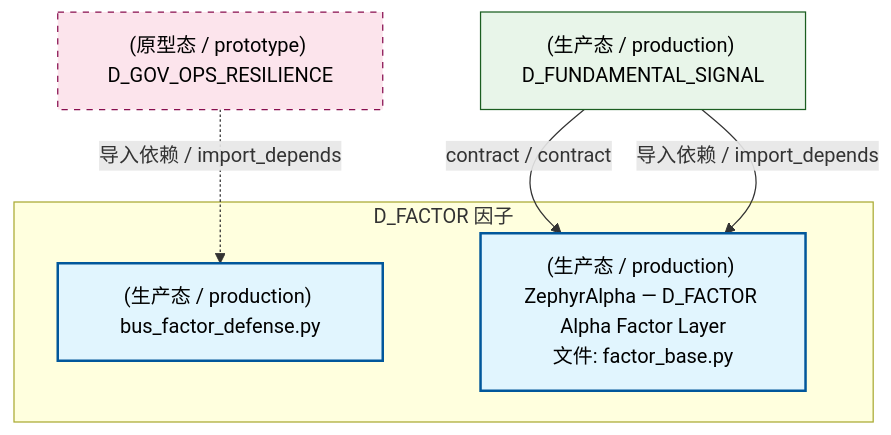
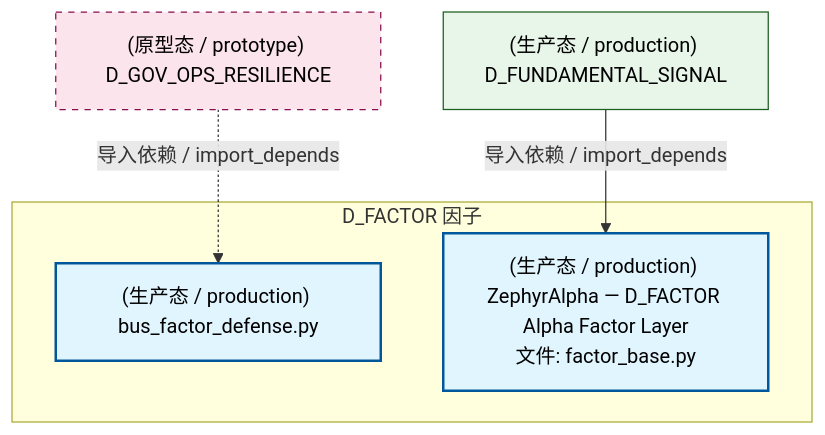
The second of 4 diagrams in docs/02_enterprise_architecture/02_domain_architecture_docs/36_d_factor.md (xuanFelixVan/ZephyrAlpha), drawn with Mermaid before and after one commit. The commit also changed other lines of this file and 103 other files, not shown here.

````diff
--- a/docs/02_enterprise_architecture/02_domain_architecture_docs/36_d_factor.md
+++ b/docs/02_enterprise_architecture/02_domain_architecture_docs/36_d_factor.md
@@ -103,19 +108,18 @@
 ```mermaid
 graph TD
     subgraph D_FACTOR["D_FACTOR 因子"]
         src_zephyr_factor_bus_factor_defense_py["(生产态 / production) bus_factor_defense.py"]
         src_zephyr_factor_factor_base_py["(生产态 / production) ZephyrAlpha — D_FACTOR Alpha Factor Layer<br/>文件: factor_base.py"]
     end
     D_FUNDAMENTAL_SIGNAL["(生产态 / production) D_FUNDAMENTAL_SIGNAL"]
-    D_FUNDAMENTAL_SIGNAL -->|contract / contract| src_zephyr_factor_factor_base_py
     D_FUNDAMENTAL_SIGNAL -->|导入依赖 / import_depends| src_zephyr_factor_factor_base_py
     D_GOV_OPS_RESILIENCE["(原型态 / prototype) D_GOV_OPS_RESILIENCE"]
     D_GOV_OPS_RESILIENCE -.->|导入依赖 / import_depends| src_zephyr_factor_bus_factor_defense_py
     classDef production fill:#e1f5fe,stroke:#01579b,stroke-width:2px,color:#000
     classDef design fill:#fff3e0,stroke:#e65100,stroke-width:2px,color:#000,stroke-dasharray: 5 5
     classDef external_prod fill:#e8f5e9,stroke:#1b5e20,stroke-width:1px,color:#000
     classDef external_design fill:#fce4ec,stroke:#880e4f,stroke-width:1px,color:#000,stroke-dasharray: 5 5
     class src_zephyr_factor_bus_factor_defense_py,src_zephyr_factor_factor_base_py production
     class D_FUNDAMENTAL_SIGNAL external_prod
     class D_GOV_OPS_RESILIENCE external_design
 ```
````
